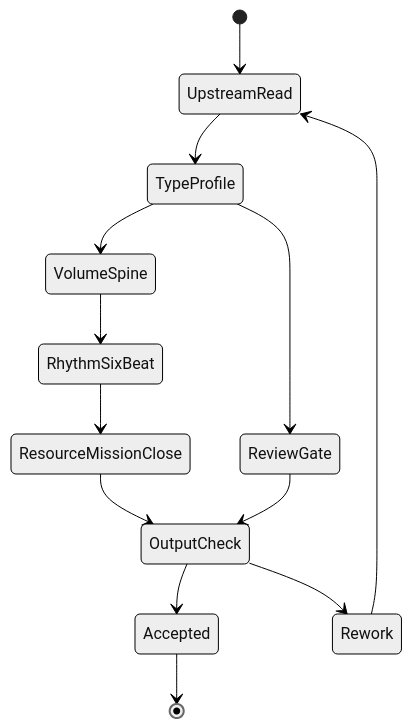
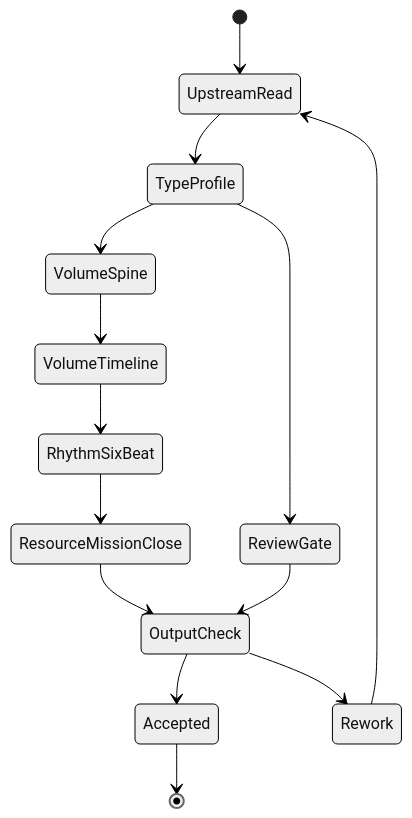
Before and after one commit to ZEN-VOID/AI-CUT: the second of 2 diagrams in .agents/skills/story/2-卷章/2-卷级/SKILL.md, drawn with Mermaid (neutral theme). The commit also changed other lines of this file and 45 other files, not shown here.

````diff
--- a/.agents/skills/story/2-卷章/2-卷级/SKILL.md
+++ b/.agents/skills/story/2-卷章/2-卷级/SKILL.md
@@ -120,15 +122,16 @@
 ```mermaid
 stateDiagram-v2
     [*] --> UpstreamRead
     UpstreamRead --> TypeProfile
     TypeProfile --> VolumeSpine
     TypeProfile --> ReviewGate
-    VolumeSpine --> RhythmSixBeat
+    VolumeSpine --> VolumeTimeline
+    VolumeTimeline --> RhythmSixBeat
     RhythmSixBeat --> ResourceMissionClose
     ResourceMissionClose --> OutputCheck
     ReviewGate --> OutputCheck
     OutputCheck --> Accepted
     OutputCheck --> Rework
     Rework --> UpstreamRead
     Accepted --> [*]
 ```
````
